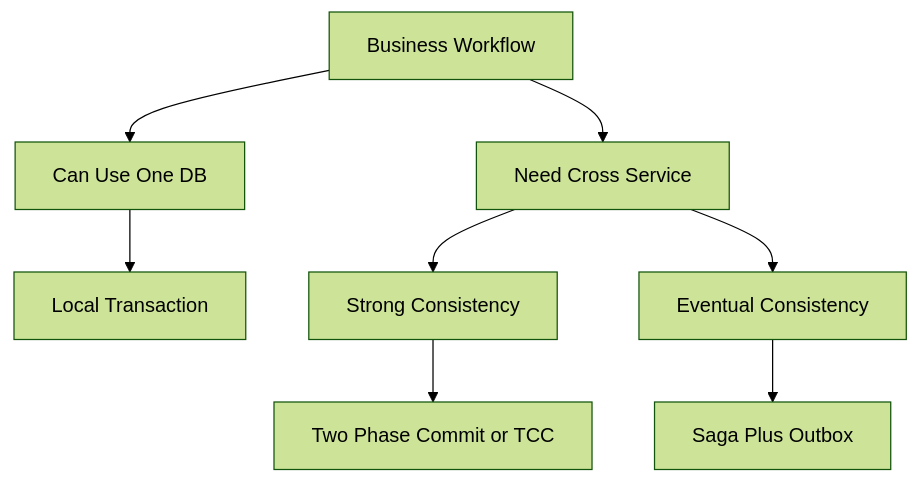
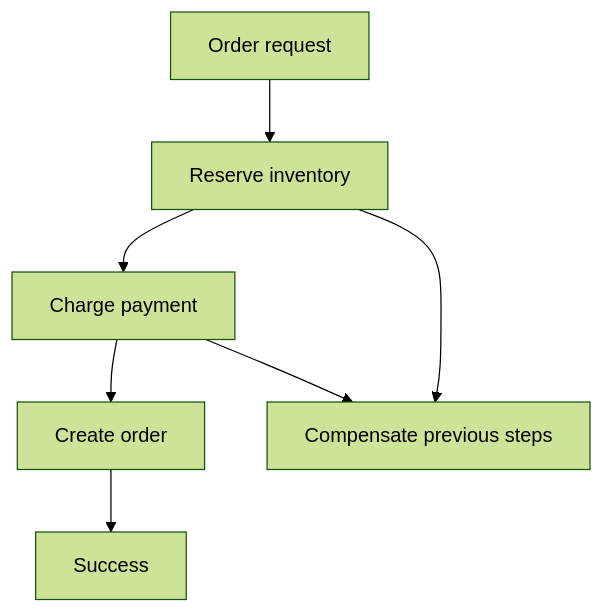
One commit to mthaiseer/springcloud-systemdesign-notes changed diagram 15 of 16 in HLD_NOTES/002_TYPES_OF_INTERVIEWS/000_All_types_quick_reference.md. Above: the diagram before and after it, drawn with Mermaid (forest theme). The commit also changed other lines of this file and 1 other file, not shown here.

````diff
--- a/HLD_NOTES/002_TYPES_OF_INTERVIEWS/000_All_types_quick_reference.md
+++ b/HLD_NOTES/002_TYPES_OF_INTERVIEWS/000_All_types_quick_reference.md
@@ -1079,10 +1896,15 @@
 ```mermaid
 flowchart TD
-  A[Business Workflow] --> B[Can Use One DB]
-  B --> C[Local Transaction]
-  A --> D[Need Cross Service]
-  D --> E[Strong Consistency]
-  D --> F[Eventual Consistency]
-  E --> G[Two Phase Commit or TCC]
-  F --> H[Saga Plus Outbox]
+  A[Order request]
+  B[Reserve inventory]
+  C[Charge payment]
+  D[Create order]
+  E[Success]
+  F[Compensate previous steps]
+  A --> B
+  B --> C
+  C --> D
+  D --> E
+  C --> F
+  B --> F
 ```
````
